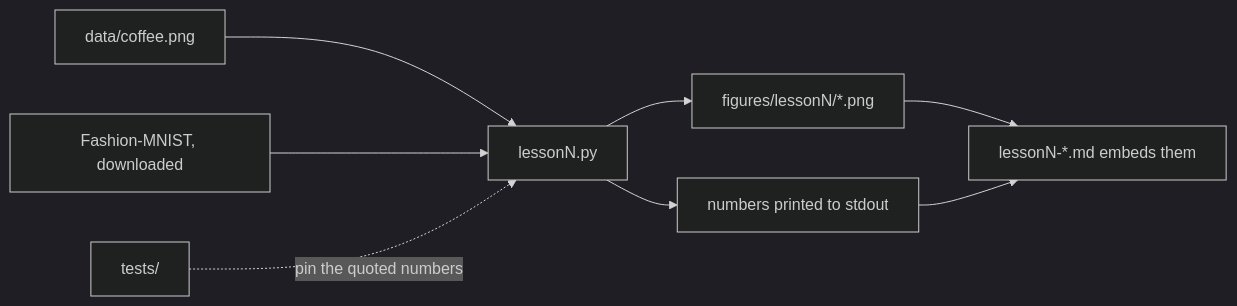
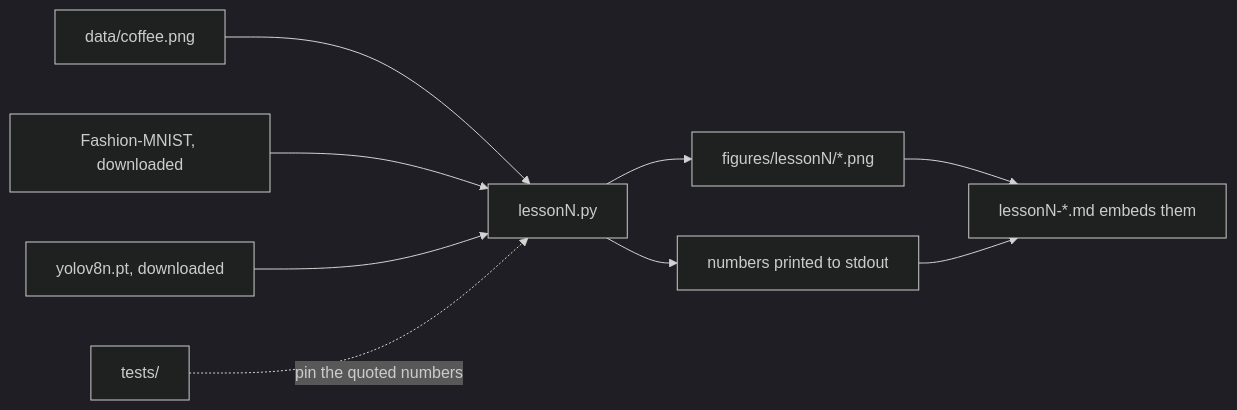
Before and after one commit to Mariam-zeqred/computer-vision-fundamentals: the diagram in README.md, drawn with Mermaid (dark theme). The commit also changed other lines of this file and 3 other files, not shown here.

````diff
--- a/README.md
+++ b/README.md
@@ -34,10 +35,11 @@
 ```mermaid
 flowchart LR
     D[data/coffee.png] --> L[lessonN.py]
     FM[Fashion-MNIST, downloaded] --> L
+    W[yolov8n.pt, downloaded] --> L
     L --> F[figures/lessonN/*.png]
     L --> T[numbers printed to stdout]
     F --> M[lessonN-*.md embeds them]
     T --> M
     tests[tests/] -. pin the quoted numbers .-> L
 ```
````
